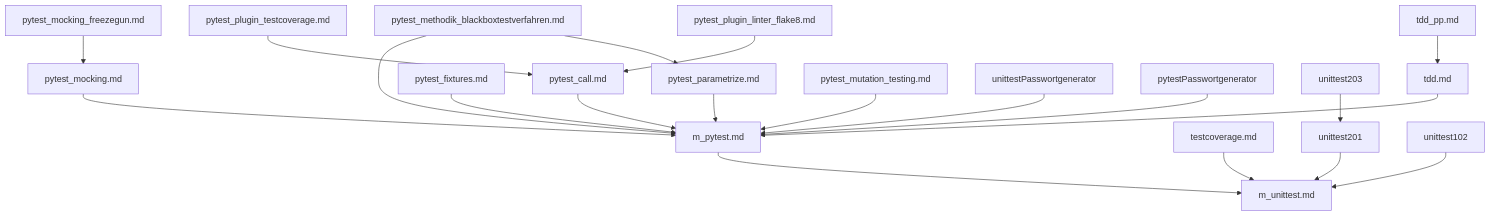
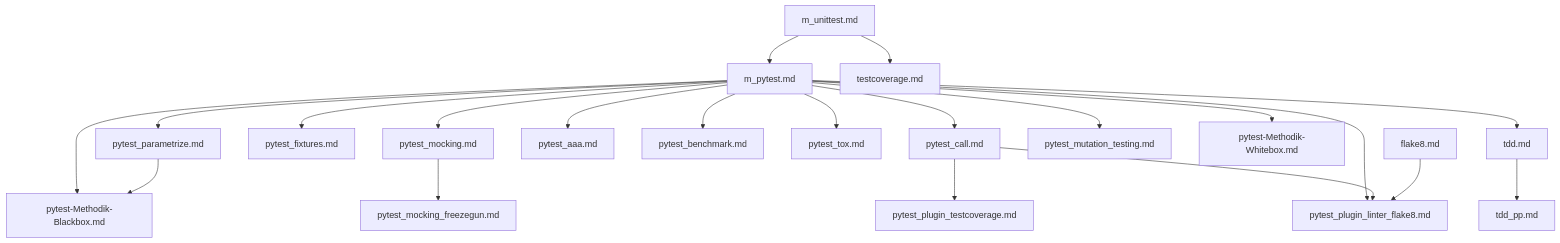
One commit to fubinf/propra-inf changed the diagram in ch/Testen/Unittests/index.md. Above: the diagram before and after it, drawn with Mermaid. The commit also changed other lines of this file, not shown here.

Commit message:
Update unittest-index

````diff
--- a/ch/Testen/Unittests/index.md
+++ b/ch/Testen/Unittests/index.md
@@ -14,37 +14,43 @@
 ```mermaid
 graph TD
     m_unittest["m_unittest.md"]
     m_pytest["m_pytest.md"]
     pytest_parametrize["pytest_parametrize.md"]
     pytest_mocking["pytest_mocking.md"]
     pytest_fixtures["pytest_fixtures.md"]
     pytest_call["pytest_call.md"]
     pytest_plugin_testcoverage["pytest_plugin_testcoverage.md"]
     pytest_plugin_linter_flake8["pytest_plugin_linter_flake8.md"]
+    pytest_aaa["pytest_aaa.md"]
+    pytest_benchmark["pytest_benchmark.md"]
+    pytest_tox["pytest_tox.md"]
     tdd["tdd.md"]
     tdd_pp["tdd_pp.md"]
     testcoverage["testcoverage.md"]
     pytest_mocking_freezegun["pytest_mocking_freezegun.md"]
     pytest_mutation_testing["pytest_mutation_testing.md"]
-    pytest_methodik_blackboxtestverfahren["pytest_methodik_blackboxtestverfahren.md"]
+    pytest_methodik_blackbox["pytest-Methodik-Blackbox.md"]
+    pytest_methodik_whitebox["pytest-Methodik-Whitebox.md"]
+    flake8["flake8.md"]
 
-    m_pytest --> m_unittest
-    pytest_parametrize --> m_pytest
-    pytest_mocking --> m_pytest
-    pytest_fixtures --> m_pytest
-    pytest_call --> m_pytest
-    pytest_plugin_testcoverage --> pytest_call
-    pytest_plugin_linter_flake8 --> pytest_call
-    unittestPasswortgenerator --> m_pytest
-    pytestPasswortgenerator --> m_pytest
-    unittest201 --> m_unittest
-    unittest203 --> unittest201
-    tdd --> m_pytest
-    tdd_pp --> tdd
-    testcoverage --> m_unittest
-    pytest_mocking_freezegun --> pytest_mocking
-    pytest_mutation_testing --> m_pytest
-    unittest102 --> m_unittest
-    pytest_methodik_blackboxtestverfahren --> m_pytest
-    pytest_methodik_blackboxtestverfahren --> pytest_parametrize
+    m_unittest --> m_pytest
+    m_unittest --> testcoverage
+    m_pytest --> pytest_parametrize
+    m_pytest --> pytest_mocking
+    m_pytest --> pytest_fixtures
+    m_pytest --> pytest_call
+    m_pytest --> pytest_aaa
+    m_pytest --> pytest_benchmark
+    m_pytest --> pytest_tox
+    m_pytest --> tdd
+    m_pytest --> pytest_mutation_testing
+    m_pytest --> pytest_methodik_blackbox
+    m_pytest --> pytest_methodik_whitebox
+    m_pytest --> pytest_plugin_linter_flake8
+    pytest_call --> pytest_plugin_testcoverage
+    pytest_call --> pytest_plugin_linter_flake8
+    flake8 --> pytest_plugin_linter_flake8
+    pytest_mocking --> pytest_mocking_freezegun
+    pytest_parametrize --> pytest_methodik_blackbox
+    tdd --> tdd_pp
 ```
````
